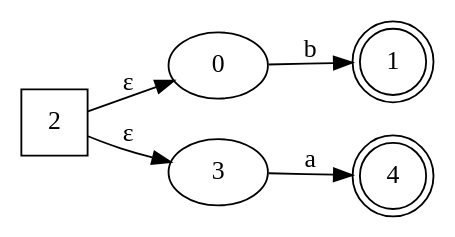
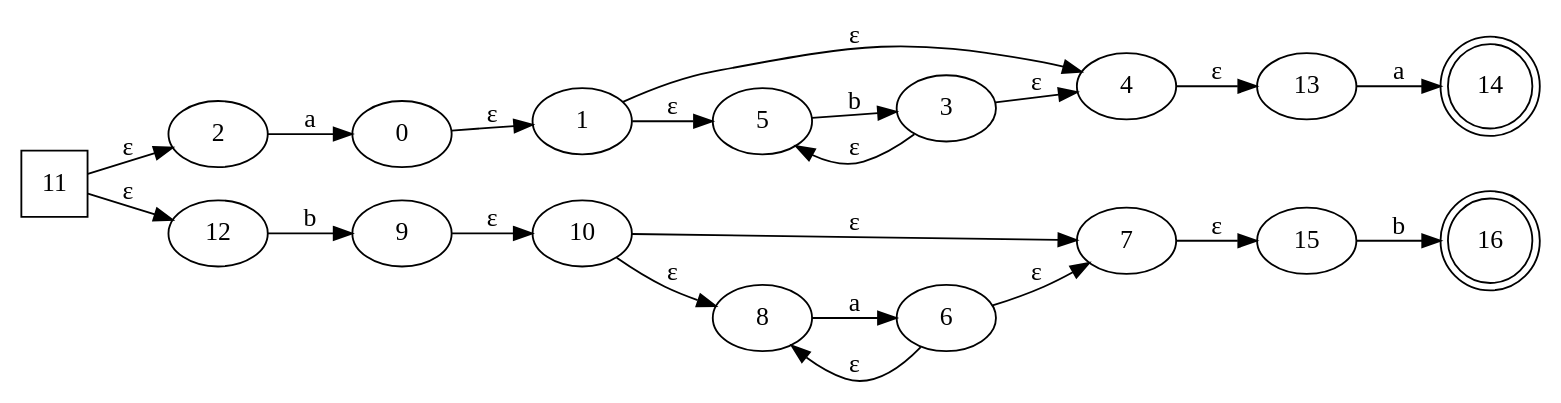
One commit to jav-ram/compis1 changed the diagram in graphs/afdd/ohyea.dot. Above: the diagram before and after it, drawn with Graphviz. The commit also changed 7 other files, not shown here.

```diff
--- a/graphs/afdd/ohyea.dot
+++ b/graphs/afdd/ohyea.dot
@@ -1,13 +1,41 @@
 digraph G {
 	rankdir=LR;
-	0->1[ label=b ];
-	2->3[ label=ɛ ];
-	2->0[ label=ɛ ];
-	3->4[ label=a ];
+	0->1[ label=ɛ ];
+	2->0[ label=a ];
+	3->4[ label=ɛ ];
+	3->5[ label=ɛ ];
+	6->7[ label=ɛ ];
+	6->8[ label=ɛ ];
+	9->10[ label=ɛ ];
+	11->2[ label=ɛ ];
+	11->12[ label=ɛ ];
+	13->14[ label=a ];
+	4->13[ label=ɛ ];
+	8->6[ label=a ];
+	15->16[ label=b ];
+	5->3[ label=b ];
+	1->5[ label=ɛ ];
+	1->4[ label=ɛ ];
+	7->15[ label=ɛ ];
+	10->8[ label=ɛ ];
+	10->7[ label=ɛ ];
+	12->9[ label=b ];
 	0;
-	1 [ shape=doublecircle ];
-	2 [ shape=square ];
+	1;
+	10;
+	11 [ shape=square ];
+	12;
+	13;
+	14 [ shape=doublecircle ];
+	15;
+	16 [ shape=doublecircle ];
+	2;
 	3;
-	4 [ shape=doublecircle ];
+	4;
+	5;
+	6;
+	7;
+	8;
+	9;
 
 }
```
